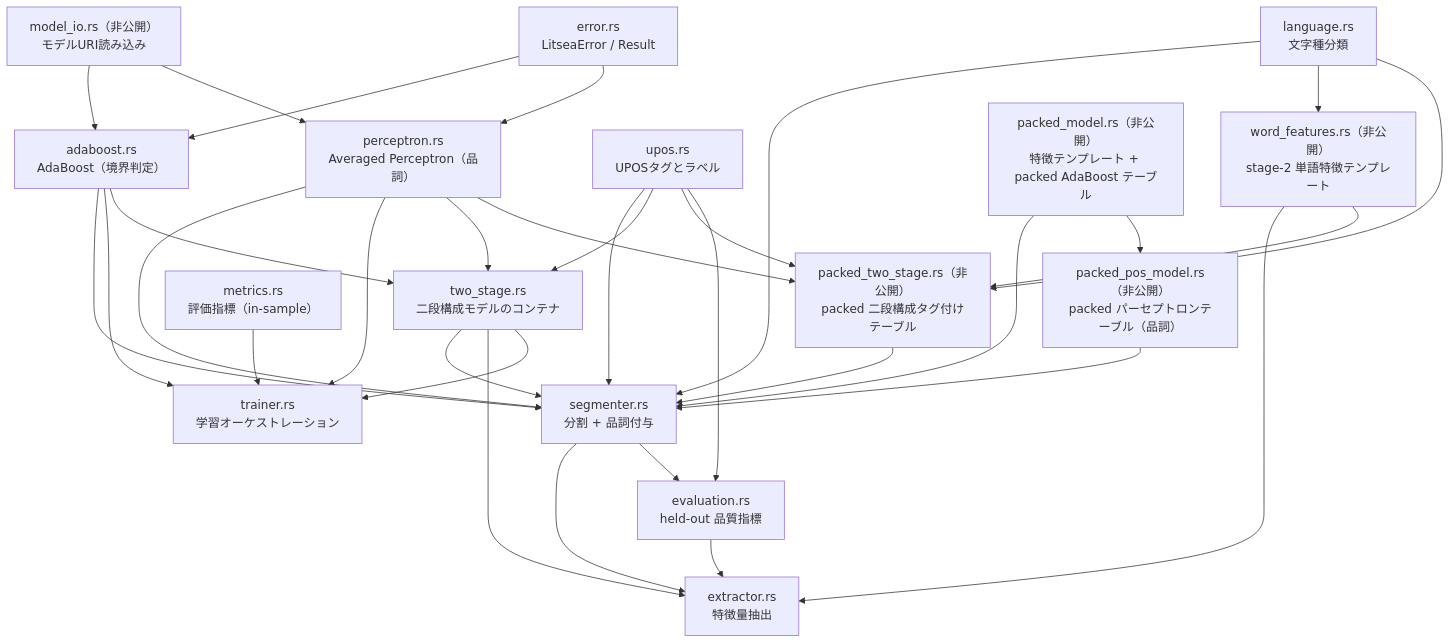
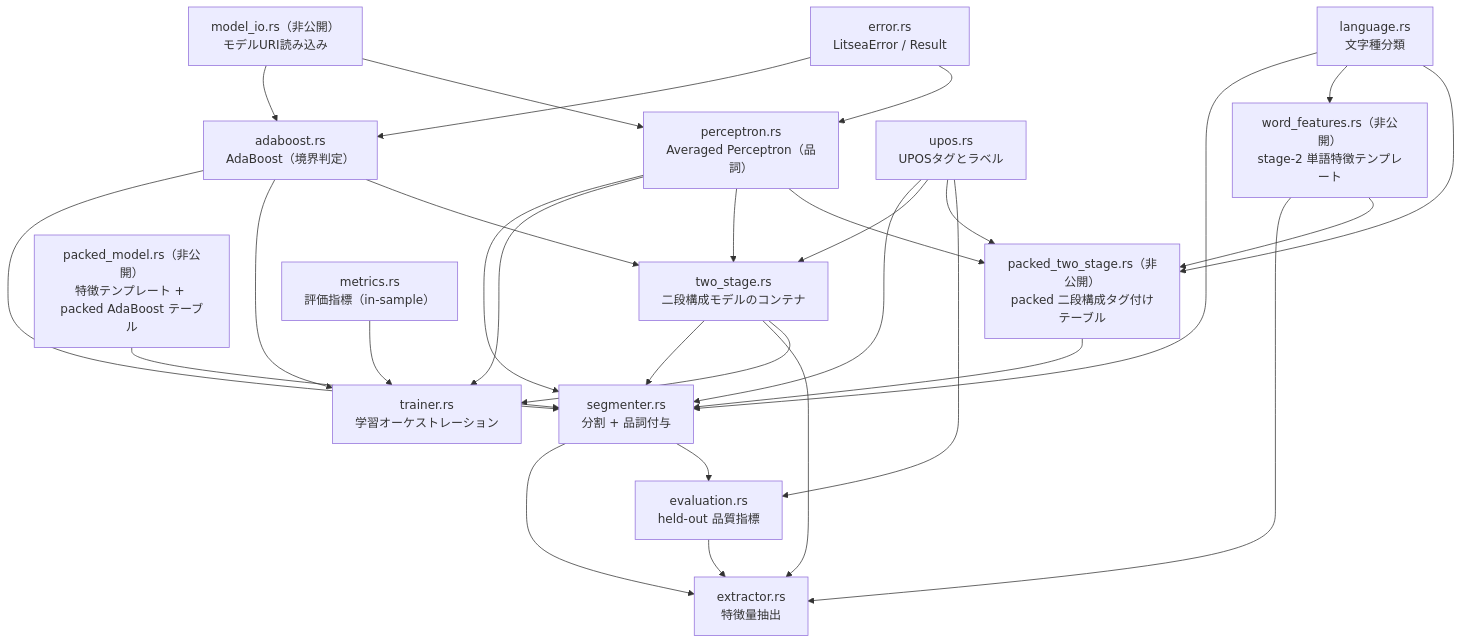
Before and after one commit to mosuka/litsea: the diagram in docs/ja/src/architecture/module-design.md, drawn with Mermaid. The commit also changed other lines of this file and 87 other files, not shown here.

````diff
--- a/docs/ja/src/architecture/module-design.md
+++ b/docs/ja/src/architecture/module-design.md
@@ -7,51 +7,48 @@
 ```mermaid
 graph TD
     language["language.rs<br/>文字種分類"]
     segmenter["segmenter.rs<br/>分割 + 品詞付与"]
     adaboost["adaboost.rs<br/>AdaBoost（境界判定）"]
     perceptron["perceptron.rs<br/>Averaged Perceptron（品詞）"]
     upos["upos.rs<br/>UPOSタグとラベル"]
     extractor["extractor.rs<br/>特徴量抽出"]
     trainer["trainer.rs<br/>学習オーケストレーション"]
     two_stage["two_stage.rs<br/>二段構成モデルのコンテナ"]
     word_features["word_features.rs（非公開）<br/>stage-2 単語特徴テンプレート"]
     packed_model["packed_model.rs（非公開）<br/>特徴テンプレート + packed AdaBoost テーブル"]
-    packed_pos_model["packed_pos_model.rs（非公開）<br/>packed パーセプトロンテーブル（品詞）"]
     packed_two_stage["packed_two_stage.rs（非公開）<br/>packed 二段構成タグ付けテーブル"]
     model_io["model_io.rs（非公開）<br/>モデルURI読み込み"]
     error["error.rs<br/>LitseaError / Result"]
     metrics["metrics.rs<br/>評価指標（in-sample）"]
     evaluation["evaluation.rs<br/>held-out 品質指標"]
 
     language --> segmenter
     upos --> segmenter
     adaboost --> segmenter
     perceptron --> segmenter
     packed_model --> segmenter
-    packed_pos_model --> segmenter
     packed_two_stage --> segmenter
     two_stage --> segmenter
-    packed_model --> packed_pos_model
     segmenter --> extractor
     two_stage --> extractor
     word_features --> extractor
     evaluation --> extractor
     adaboost --> trainer
     perceptron --> trainer
     two_stage --> trainer
     adaboost --> two_stage
     perceptron --> two_stage
     upos --> two_stage
     language --> word_features
     word_features --> packed_two_stage
     language --> packed_two_stage
     perceptron --> packed_two_stage
     upos --> packed_two_stage
     model_io --> adaboost
     model_io --> perceptron
     error --> adaboost
     error --> perceptron
     metrics --> trainer
     segmenter --> evaluation
     upos --> evaluation
 ```
````
